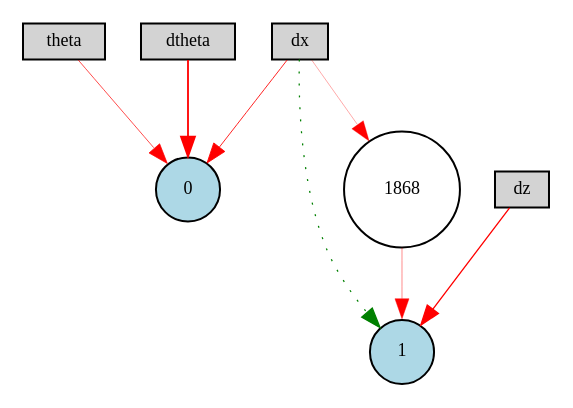
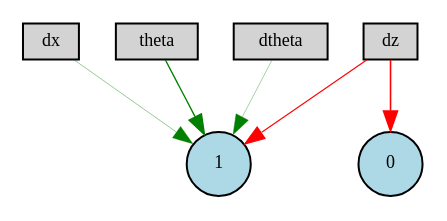
The diagram in second_stabiliser/winner-ctrnn.gv (benjaminkeltjens/BioInspiredDrone), drawn with Graphviz before and after one commit. The commit also changed 548 other files, not shown here.

```diff
--- a/second_stabiliser/winner-ctrnn.gv
+++ b/second_stabiliser/winner-ctrnn.gv
@@ -1,17 +1,14 @@
 digraph {
 	node [fontsize=9 height=0.2 shape=circle width=0.2]
 	dx [fillcolor=lightgray shape=box style=filled]
 	dz [fillcolor=lightgray shape=box style=filled]
 	theta [fillcolor=lightgray shape=box style=filled]
 	dtheta [fillcolor=lightgray shape=box style=filled]
 	0 [fillcolor=lightblue style=filled]
 	1 [fillcolor=lightblue style=filled]
-	1868 [fillcolor=white style=filled]
-	theta -> 0 [color=red penwidth=0.3535841781095308 style=solid]
-	dtheta -> 0 [color=red penwidth=0.9085362209553732 style=solid]
-	dx -> 1 [color=green penwidth=0.6348498355813891 style=dotted]
-	dz -> 1 [color=red penwidth=0.6631293774898905 style=solid]
-	dx -> 0 [color=red penwidth=0.4330043551273727 style=solid]
-	dx -> 1868 [color=red penwidth=0.17431797680472377 style=solid]
-	1868 -> 1 [color=red penwidth=0.22687578840716474 style=solid]
+	theta -> 1 [color=green penwidth=0.6859784713391309 style=solid]
+	dtheta -> 1 [color=green penwidth=0.17547961788805386 style=solid]
+	dz -> 0 [color=red penwidth=0.7934683235851826 style=solid]
+	dx -> 1 [color=green penwidth=0.20564549330891163 style=solid]
+	dz -> 1 [color=red penwidth=0.5471421362494364 style=solid]
 }
```
